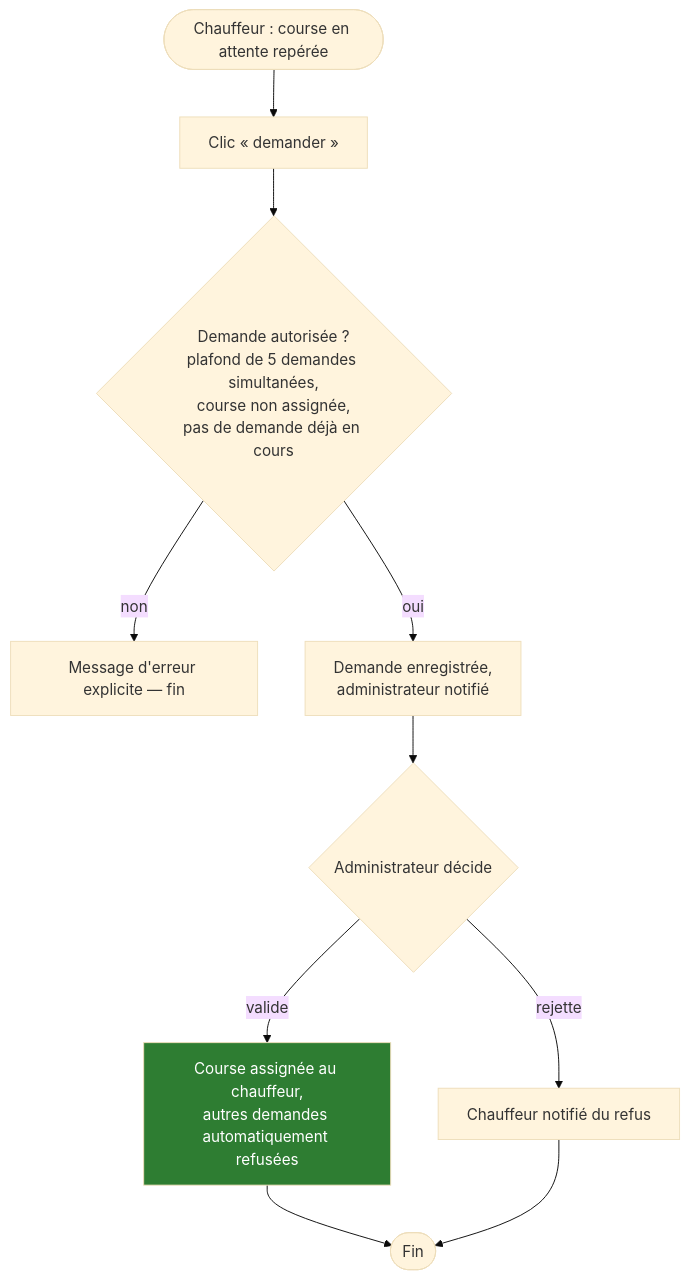
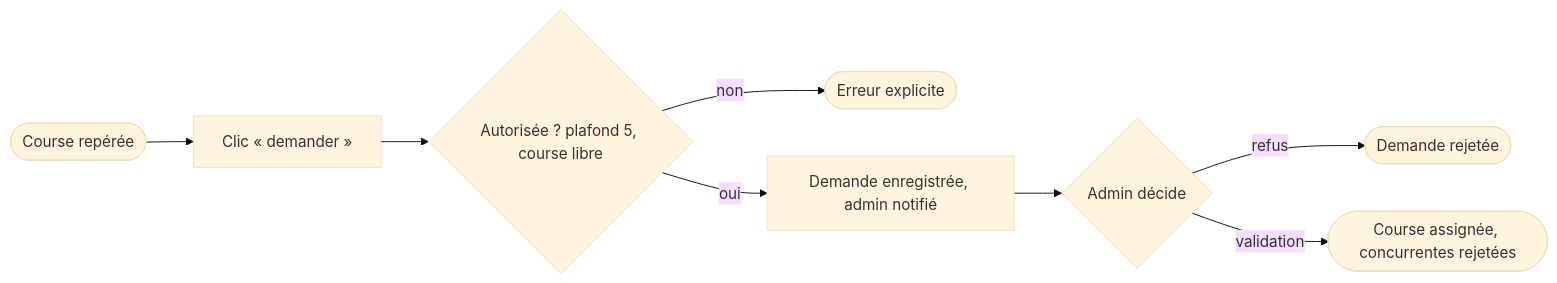
The third of 8 diagrams in documents/dossiers/dossierProjet/v1-complet/dossierProjetRNCP.md (Mamoru-fr/AMT-Express), drawn with Mermaid (base theme) before and after one commit. The commit also changed other lines of this file and 12 other files, not shown here.

````diff
--- a/documents/dossiers/dossierProjet/v1-complet/dossierProjetRNCP.md
+++ b/documents/dossiers/dossierProjet/v1-complet/dossierProjetRNCP.md
@@ -314,13 +300,10 @@
 ```mermaid
-flowchart TD
-    S([Chauffeur : course en attente repérée]) --> C[Clic « demander »]
-    C --> P{Demande autorisée ?<br/>plafond de 5 demandes simultanées,<br/>course non assignée,<br/>pas de demande déjà en cours}
-    P -- non --> E[Message d'erreur explicite — fin]
-    P -- oui --> I[Demande enregistrée,<br/>administrateur notifié]
-    I --> D{Administrateur décide}
-    D -- valide --> T[Course assignée au chauffeur,<br/>autres demandes automatiquement refusées]
-    D -- rejette --> N[Chauffeur notifié du refus]
-    T --> F([Fin])
-    N --> F
-    style T fill:#2e7d32,color:#fff
+flowchart LR
+    S([Course repérée]) --> C[Clic « demander »]
+    C --> P{Autorisée ? plafond 5, course libre}
+    P -- non --> E([Erreur explicite])
+    P -- oui --> I[Demande enregistrée, admin notifié]
+    I --> D{Admin décide}
+    D -- refus --> R([Demande rejetée])
+    D -- validation --> A([Course assignée, concurrentes rejetées])
 ```
````
